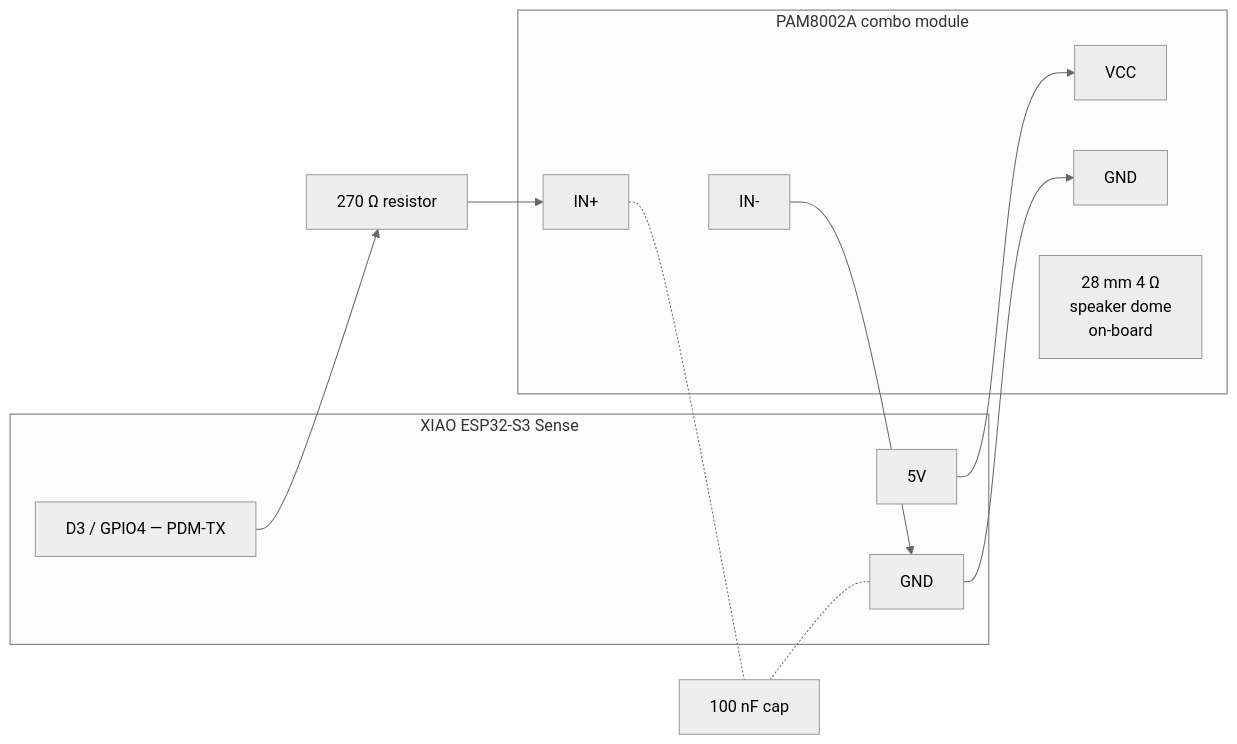
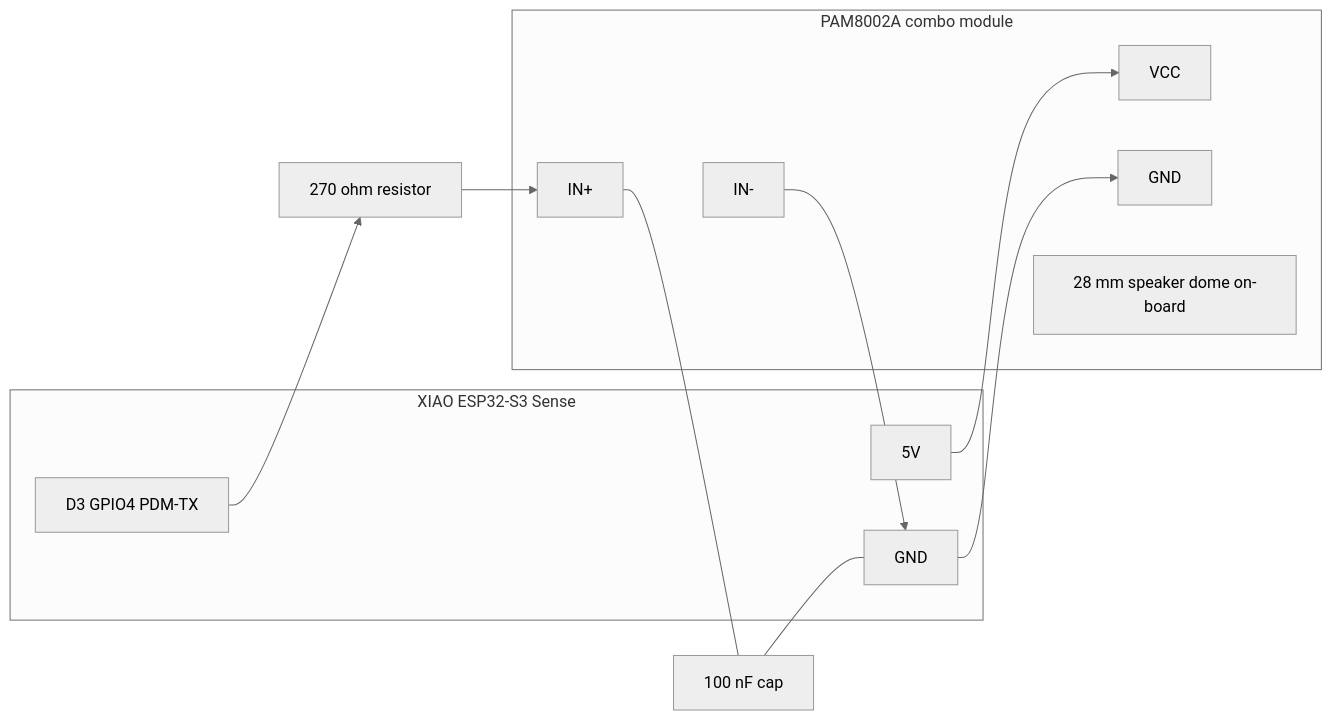
One commit to PascalAI2024/JarvisNano changed the second of 3 diagrams in docs/HARDWARE.md. Above: the diagram before and after it, drawn with Mermaid (neutral theme). The commit also changed other lines of this file and 2 other files, not shown here.

Commit message:
fix: sanitize all mermaid blocks for GitHub renderer (strip emojis, sup-2, em-dash, padded titles)

````diff
--- a/docs/HARDWARE.md
+++ b/docs/HARDWARE.md
@@ -85,26 +86,27 @@
 ```mermaid
 flowchart LR
     subgraph X[XIAO ESP32-S3 Sense]
         V5[5V]
         GND[GND]
-        D3[D3 / GPIO4 — PDM-TX]
+        D3[D3 GPIO4 PDM-TX]
     end
 
-    R[270 Ω resistor]
+    R[270 ohm resistor]
     C[100 nF cap]
 
     subgraph A[PAM8002A combo module]
         VIN[VCC]
         AGND[GND]
         INP[IN+]
         INN[IN-]
-        SPK[28 mm 4 Ω<br/>speaker dome<br/>on-board]
+        SPK[28 mm speaker dome on-board]
     end
 
     V5 --> VIN
     GND --> AGND
-    D3 --> R --> INP
-    INP -.- C
-    C -.- GND
+    D3 --> R
+    R --> INP
+    INP --- C
+    C --- GND
     INN --> GND
 ```
````
